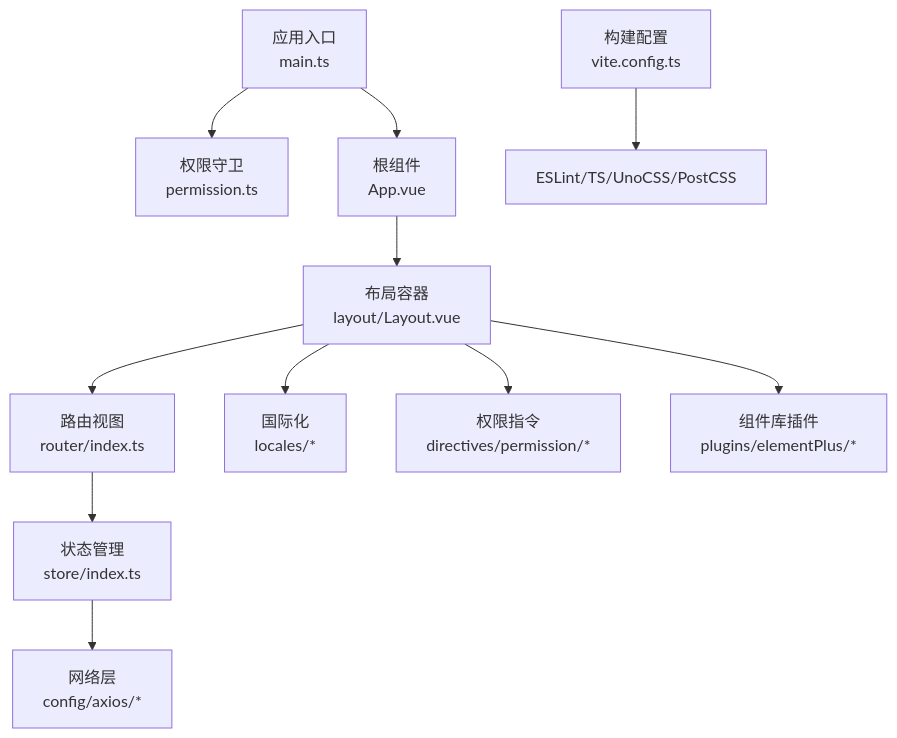
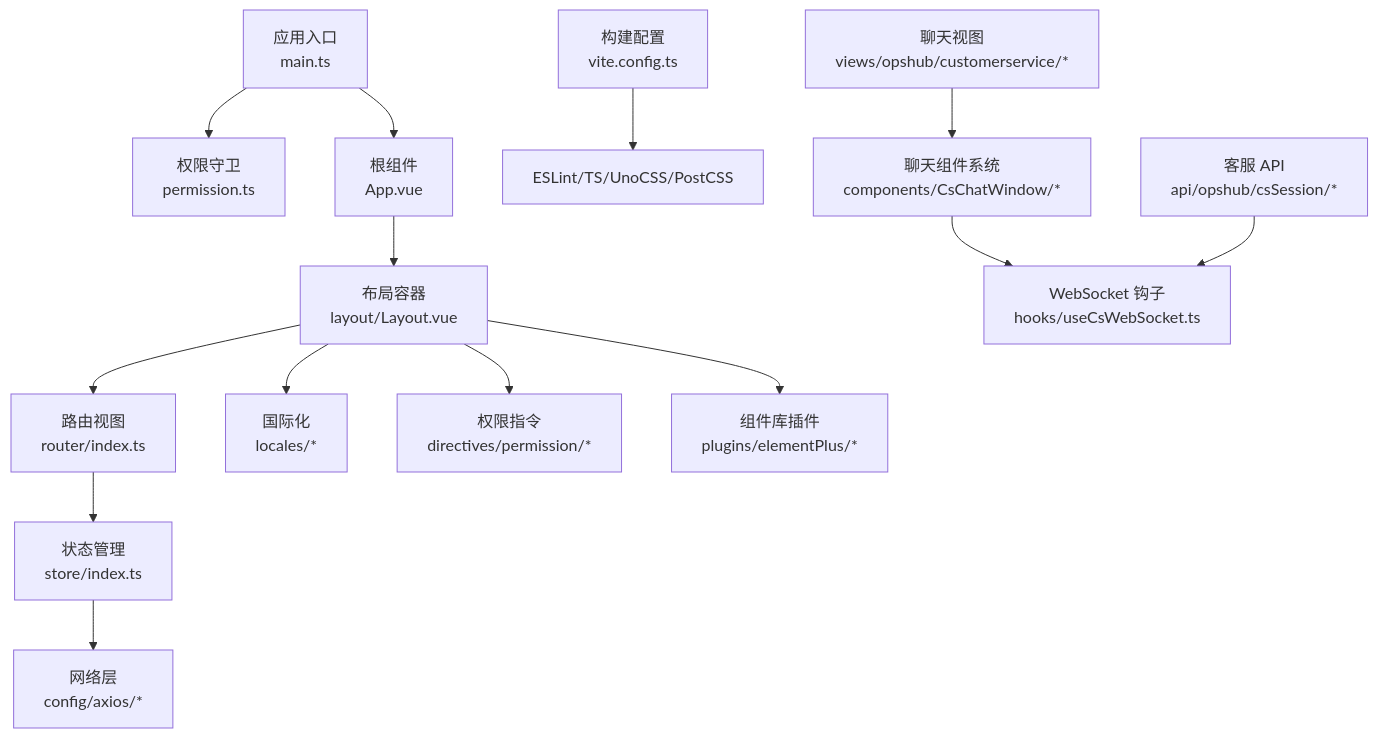
Before and after one commit to xiaoche80s-tech/rouyi-vue-pro: the first of 9 diagrams in .qoder/repowiki/zh/content/前端架构/前端架构.md, drawn with Mermaid. The commit also changed other lines of this file and 598 other files, not shown here.

````diff
--- a/.qoder/repowiki/zh/content/前端架构/前端架构.md
+++ b/.qoder/repowiki/zh/content/前端架构/前端架构.md
@@ -57,13 +76,16 @@
 ```mermaid
 graph TB
 A["应用入口<br/>main.ts"] --> B["权限守卫<br/>permission.ts"]
 A --> C["根组件<br/>App.vue"]
 C --> D["布局容器<br/>layout/Layout.vue"]
 D --> E["路由视图<br/>router/index.ts"]
 E --> F["状态管理<br/>store/index.ts"]
 F --> G["网络层<br/>config/axios/*"]
 D --> H["国际化<br/>locales/*"]
 D --> I["权限指令<br/>directives/permission/*"]
 D --> J["组件库插件<br/>plugins/elementPlus/*"]
 K["构建配置<br/>vite.config.ts"] --> L["ESLint/TS/UnoCSS/PostCSS"]
+M["聊天组件系统<br/>components/CsChatWindow/*"] --> N["WebSocket 钩子<br/>hooks/useCsWebSocket.ts"]
+O["客服 API<br/>api/opshub/csSession/*"] --> N
+P["聊天视图<br/>views/opshub/customerservice/*"] --> M
 ```
````
